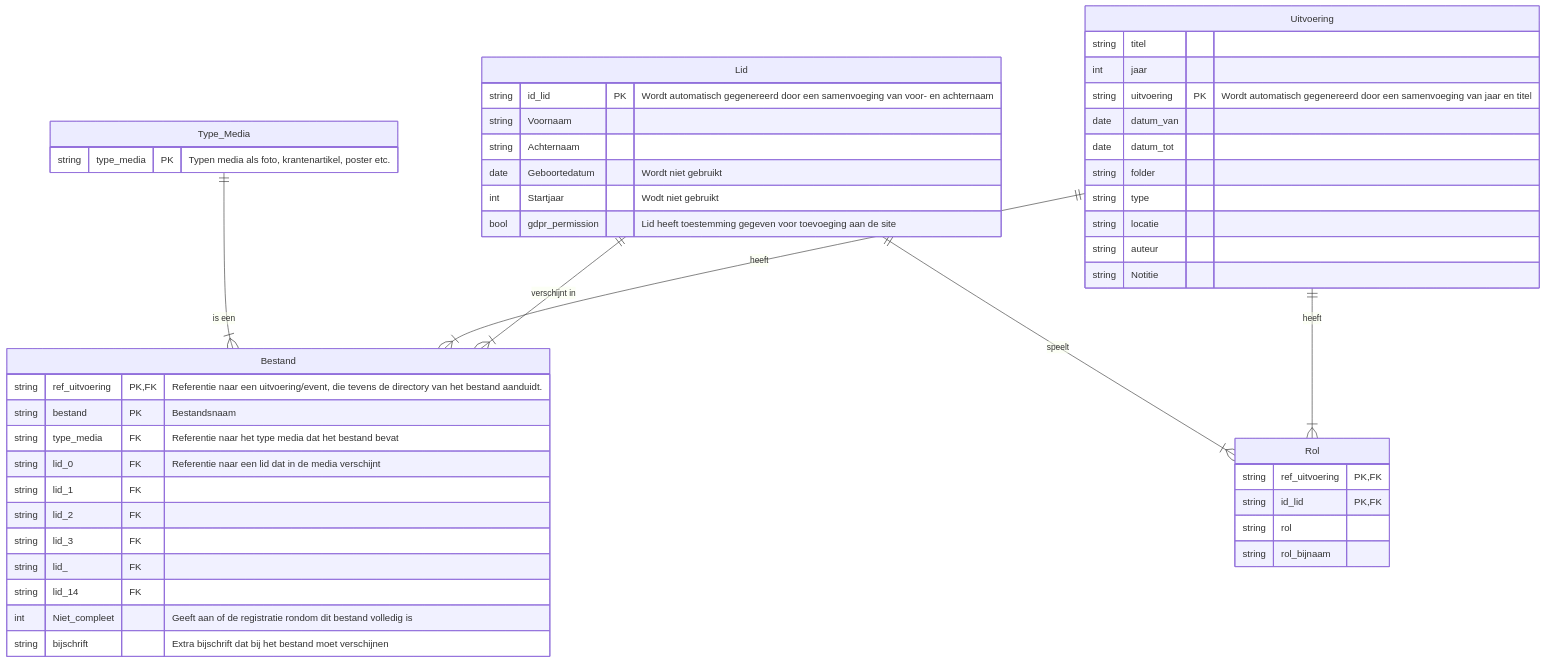
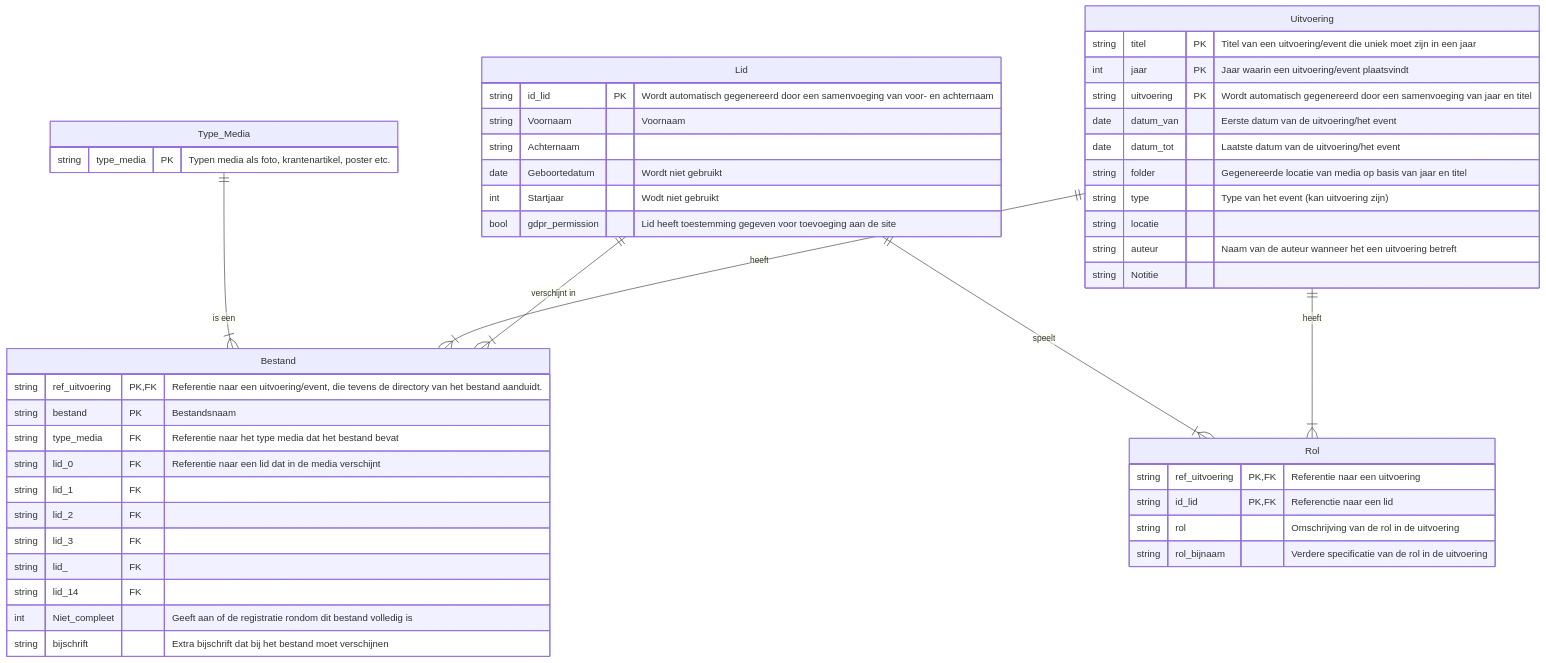
One commit to mark-me/kna-history changed the first of 2 diagrams in README.md. Above: the diagram before and after it, drawn with Mermaid.

Commit message:
Adding descriptions

````diff
--- a/README.md
+++ b/README.md
@@ -38,50 +38,50 @@
 ```mermaid
 erDiagram
     Type_Media{
         string type_media PK "Typen media als foto, krantenartikel, poster etc."
     }
     Lid{
         string id_lid PK "Wordt automatisch gegenereerd door een samenvoeging van voor- en achternaam"
-        string Voornaam
+        string Voornaam "Voornaam"
         string Achternaam
         date Geboortedatum "Wordt niet gebruikt"
         int Startjaar "Wodt niet gebruikt"
         bool gdpr_permission "Lid heeft toestemming gegeven voor toevoeging aan de site"
     }
     Uitvoering{
-        string titel
-        int jaar
+        string titel PK "Titel van een uitvoering/event die uniek moet zijn in een jaar"
+        int jaar PK "Jaar waarin een uitvoering/event plaatsvindt"
         string uitvoering PK "Wordt automatisch gegenereerd door een samenvoeging van jaar en titel"
-        date datum_van
-        date datum_tot
-        string folder
-        string type
+        date datum_van "Eerste datum van de uitvoering/het event"
+        date datum_tot "Laatste datum van de uitvoering/het event"
+        string folder "Gegenereerde locatie van media op basis van jaar en titel"
+        string type "Type van het event (kan uitvoering zijn)"
         string locatie
-        string auteur
+        string auteur "Naam van de auteur wanneer het een uitvoering betreft"
         string Notitie
     }
     Rol{
-        string ref_uitvoering PK, FK
-        string id_lid PK, FK
-        string rol
-        string rol_bijnaam
+        string ref_uitvoering PK, FK "Referentie naar een uitvoering"
+        string id_lid PK, FK "Referenctie naar een lid"
+        string rol "Omschrijving van de rol in de uitvoering"
+        string rol_bijnaam "Verdere specificatie van de rol in de uitvoering"
     }
     Bestand{
         string ref_uitvoering PK, FK "Referentie naar een uitvoering/event, die tevens de directory van het bestand aanduidt."
         string bestand PK "Bestandsnaam"
         string type_media FK "Referentie naar het type media dat het bestand bevat"
         string lid_0 FK "Referentie naar een lid dat in de media verschijnt"
         string lid_1 FK
         string lid_2 FK
         string lid_3 FK
         string lid_ FK
         string lid_14 FK
         int Niet_compleet "Geeft aan of de registratie rondom dit bestand volledig is"
         string bijschrift "Extra bijschrift dat bij het bestand moet verschijnen"
     }
     Lid ||--|{ Rol: speelt
     Uitvoering ||--|{ Rol: heeft
     Type_Media ||--|{ Bestand: "is een"
     Uitvoering ||--|{ Bestand: heeft
     Lid ||--|{ Bestand: "verschijnt in"
 ```
````
